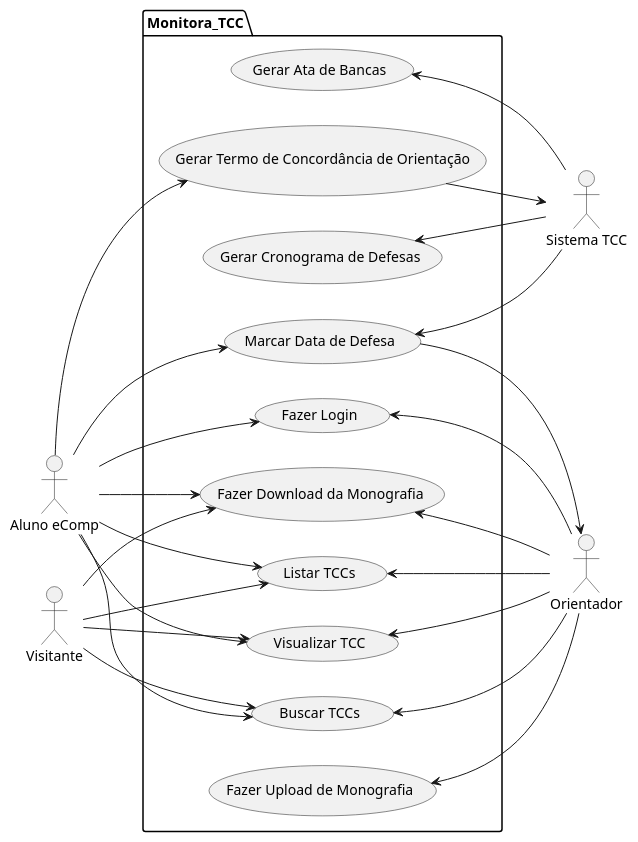
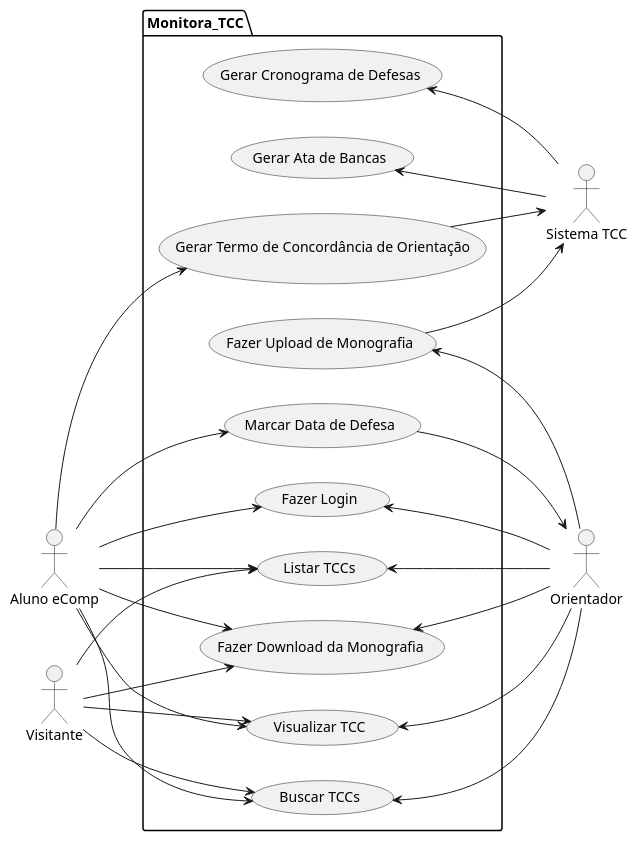
One commit to LMM-Eng-Software/Monitora-TCC changed the diagram in casos.plantuml. Above: the diagram before and after it, drawn with PlantUML.

Commit message:
prototipo de caso de uso 1.1

```diff
--- a/casos.plantuml
+++ b/casos.plantuml
@@ -1,54 +1,56 @@
 @startuml casosdeuso
 left to right direction
 
 "Aluno eComp" as Aluno
 "Visitante" as Visit
 
 "Sistema TCC" as Sist
 "Orientador" as Prof
 
 
 package Monitora_TCC {
 "Visualizar TCC" as (Visualizar)
 "Listar TCCs" as (Listar)
 "Buscar TCCs" as (Buscar)
 "Fazer Download da Monografia" as (Download)
 "Fazer Login" as (Login)
 "Marcar Data de Defesa" as (Data)
 "Fazer Upload de Monografia" as (Upload)
 "Gerar Ata de Bancas" as (Atas)
 "Gerar Cronograma de Defesas" as (Crono)
 "Gerar Termo de Concordância de Orientação" as (Termo)
 }
-:Prof: -up-> (Upload)
+
 :Prof: -up-> (Buscar)
 :Prof: -up-> (Visualizar)
 :Prof: -up-> (Download)
 
 :Prof: -up-> (Listar)
+
+:Prof: -up-> (Upload)
+(Upload) --> :Sist:
 
 :Visit: --> (Visualizar)
 :Aluno: --> (Visualizar)
 
 :Visit: --> (Listar)
 :Aluno: --> (Listar)
 
 :Visit: --> (Download)
 :Aluno: --> (Download)
 
 :Visit: --> (Buscar)
 :Aluno: --> (Buscar)
 
 :Aluno: --> (Login)
 :Prof: -up-> (Login)
 
 :Aluno: --> (Data)
 (Data) --> :Prof:
-:Sist: -up-> (Data)
 
 :Aluno: --> (Termo)
 (Termo) --> :Sist:
 
 :Sist: -up-> (Atas)
 :Sist: -up-> (Crono)
 @enduml
```
